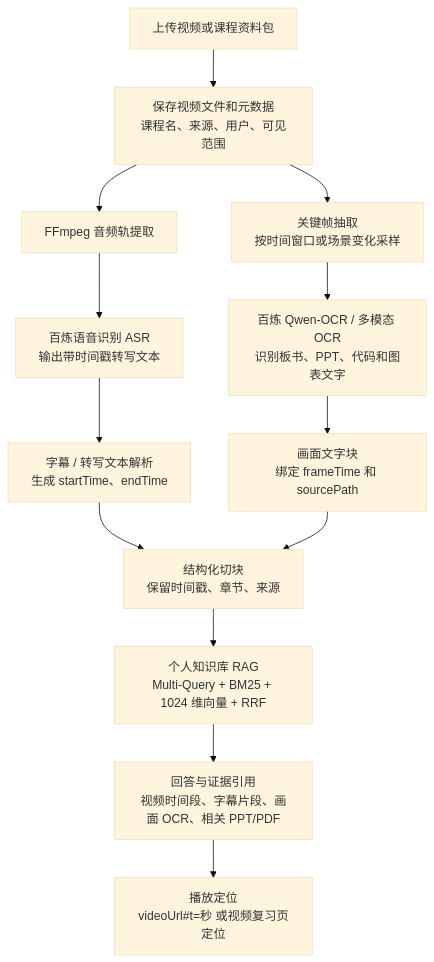
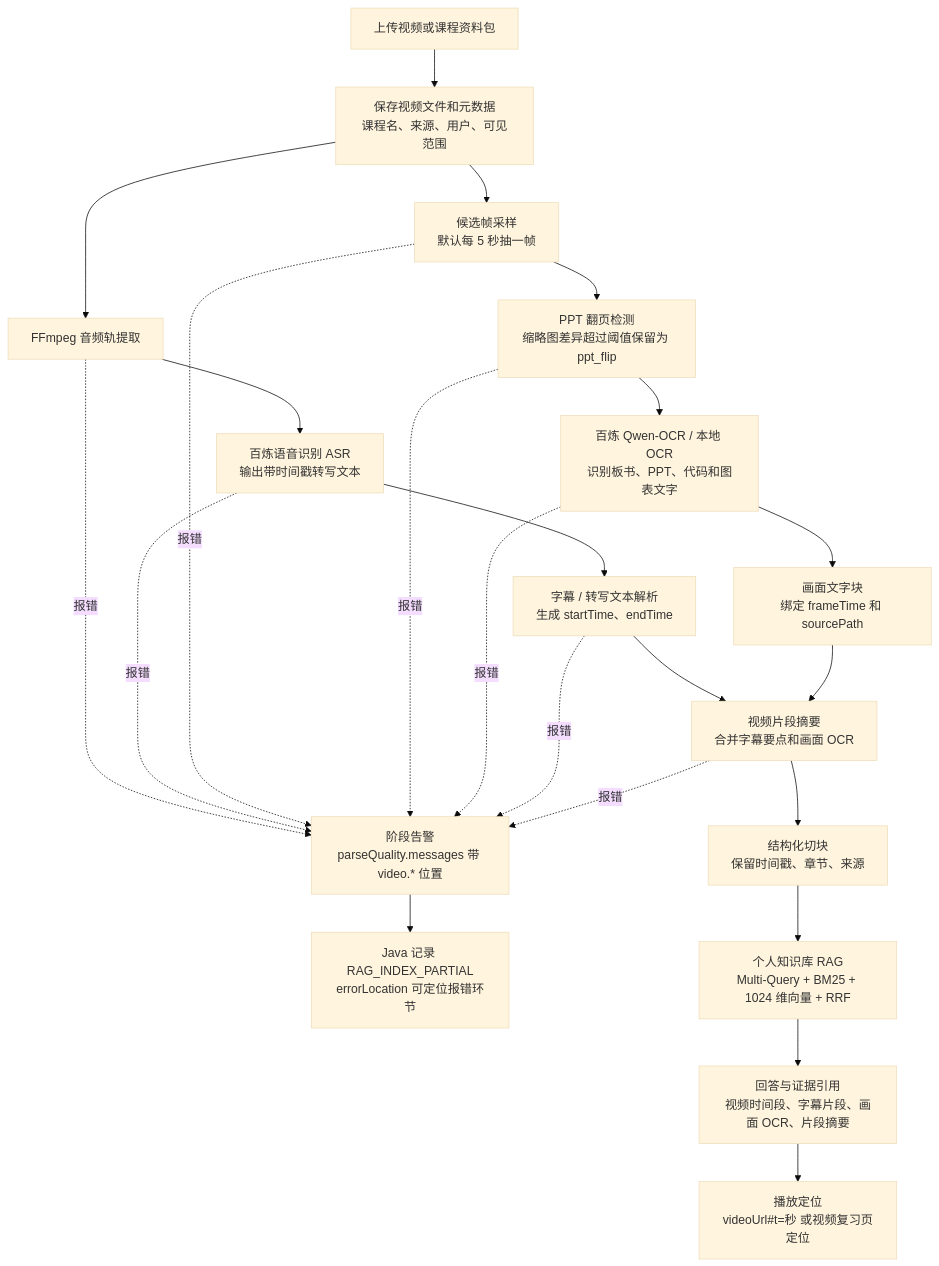
The second of 6 diagrams in README.md (HeWhenJay/Multimodal-RAG-Agent-Learning-Evidence-Platform), drawn with Mermaid (base theme) before and after one commit. The commit also changed other lines of this file and 7 other files, not shown here.

````diff
--- a/README.md
+++ b/README.md
@@ -43,15 +43,25 @@
 ```mermaid
 flowchart TD
     V0["上传视频或课程资料包"] --> V1["保存视频文件和元数据<br/>课程名、来源、用户、可见范围"]
     V1 --> V2["FFmpeg 音频轨提取"]
     V2 --> V3["百炼语音识别 ASR<br/>输出带时间戳转写文本"]
-    V1 --> V4["关键帧抽取<br/>按时间窗口或场景变化采样"]
-    V4 --> V5["百炼 Qwen-OCR / 多模态 OCR<br/>识别板书、PPT、代码和图表文字"]
+    V1 --> V4["候选帧采样<br/>默认每 5 秒抽一帧"]
+    V4 --> V4A["PPT 翻页检测<br/>缩略图差异超过阈值保留为 ppt_flip"]
+    V4A --> V5["百炼 Qwen-OCR / 本地 OCR<br/>识别板书、PPT、代码和图表文字"]
     V3 --> V6["字幕 / 转写文本解析<br/>生成 startTime、endTime"]
     V5 --> V7["画面文字块<br/>绑定 frameTime 和 sourcePath"]
-    V6 --> V8["结构化切块<br/>保留时间戳、章节、来源"]
+    V6 --> V8["视频片段摘要<br/>合并字幕要点和画面 OCR"]
     V7 --> V8
-    V8 --> V9["个人知识库 RAG<br/>Multi-Query + BM25 + 1024 维向量 + RRF"]
-    V9 --> V10["回答与证据引用<br/>视频时间段、字幕片段、画面 OCR、相关 PPT/PDF"]
-    V10 --> V11["播放定位<br/>videoUrl#t=秒 或视频复习页定位"]
+    V8 --> V9["结构化切块<br/>保留时间戳、章节、来源"]
+    V2 -.报错.-> VERR["阶段告警<br/>parseQuality.messages 带 video.* 位置"]
+    V3 -.报错.-> VERR
+    V4 -.报错.-> VERR
+    V4A -.报错.-> VERR
+    V5 -.报错.-> VERR
+    V6 -.报错.-> VERR
+    V8 -.报错.-> VERR
+    VERR --> VLOG["Java 记录 RAG_INDEX_PARTIAL<br/>errorLocation 可定位报错环节"]
+    V9 --> V10["个人知识库 RAG<br/>Multi-Query + BM25 + 1024 维向量 + RRF"]
+    V10 --> V11["回答与证据引用<br/>视频时间段、字幕片段、画面 OCR、片段摘要"]
+    V11 --> V12["播放定位<br/>videoUrl#t=秒 或视频复习页定位"]
 ```
````
